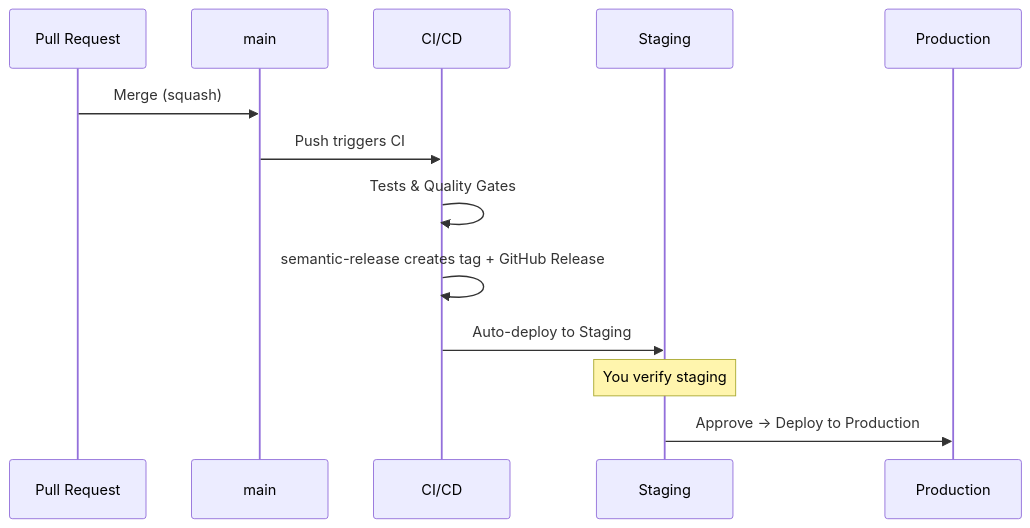
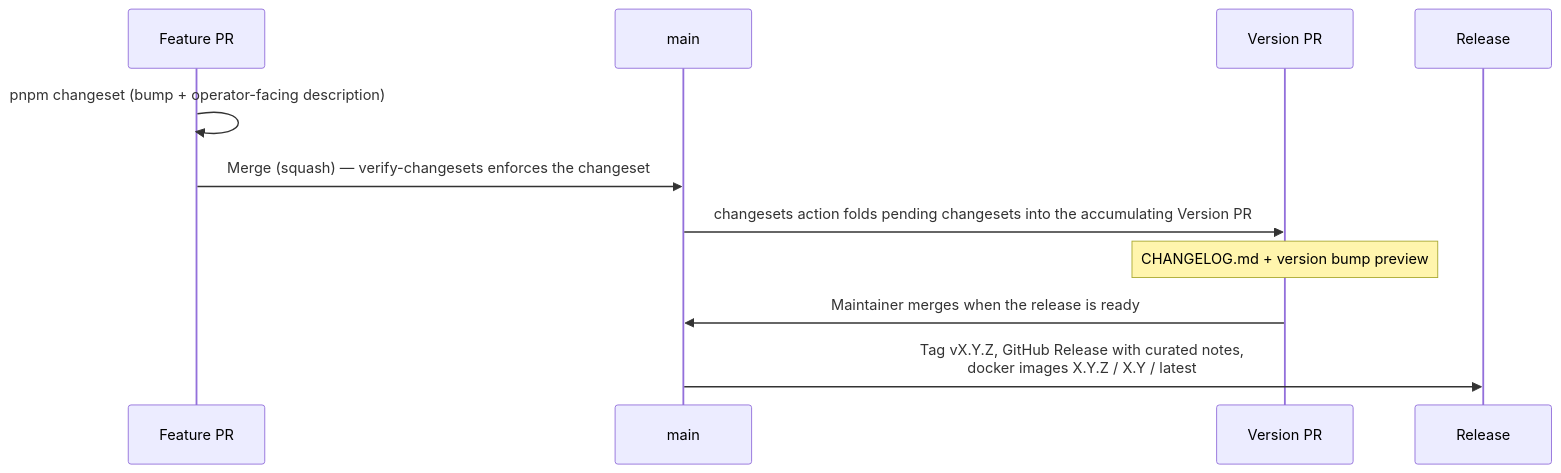
Before and after one commit to ls1intum/Hephaestus: the diagram in docs/contributor/release-management.mdx, drawn with Mermaid. The commit also changed other lines of this file and 32 other files, not shown here.

````diff
--- a/docs/contributor/release-management.mdx
+++ b/docs/contributor/release-management.mdx
@@ -32,16 +21,14 @@
 ```mermaid
 sequenceDiagram
-    participant PR as Pull Request
+    participant PR as Feature PR
     participant M as main
-    participant CI as CI/CD
-    participant S as Staging
-    participant P as Production
+    participant VP as Version PR
+    participant R as Release
 
-    PR->>M: Merge (squash)
-    M->>CI: Push triggers CI
-    CI->>CI: Tests & Quality Gates
-    CI->>CI: semantic-release creates tag + GitHub Release
-    CI->>S: Auto-deploy to Staging
-    Note over S: You verify staging
-    S->>P: Approve → Deploy to Production
+    PR->>PR: pnpm changeset (bump + operator-facing description)
+    PR->>M: Merge (squash) — verify-changesets enforces the changeset
+    M->>VP: changesets action folds pending changesets into the accumulating Version PR
+    Note over VP: CHANGELOG.md + version bump preview
+    VP->>M: Maintainer merges when the release is ready
+    M->>R: Tag vX.Y.Z, GitHub Release with curated notes,<br/>docker images X.Y.Z / X.Y / latest
 ```
````
